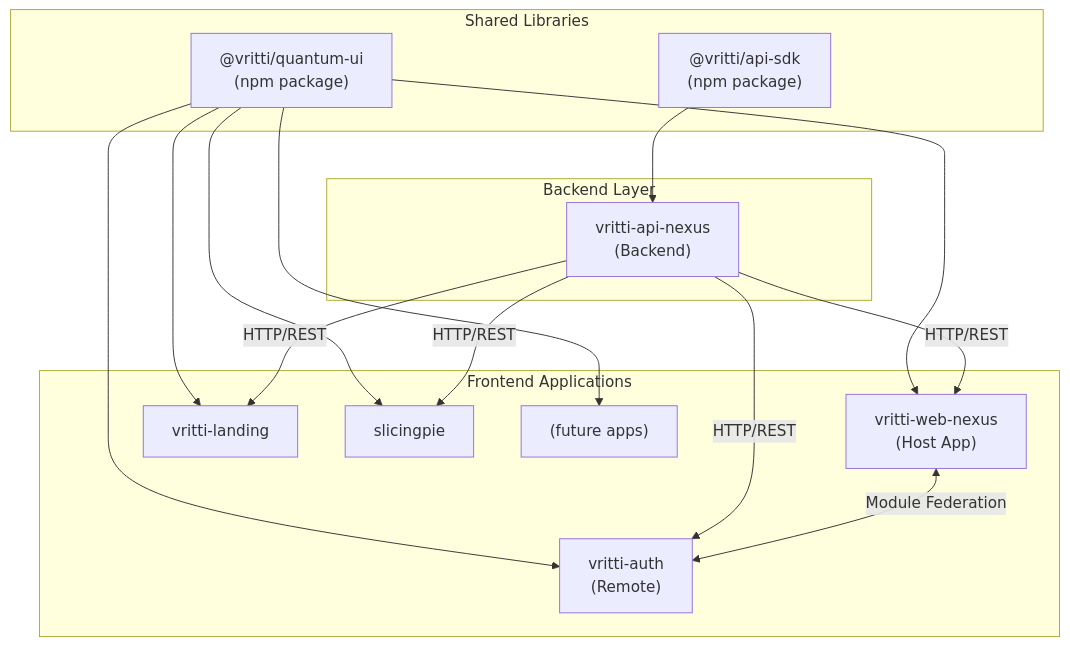
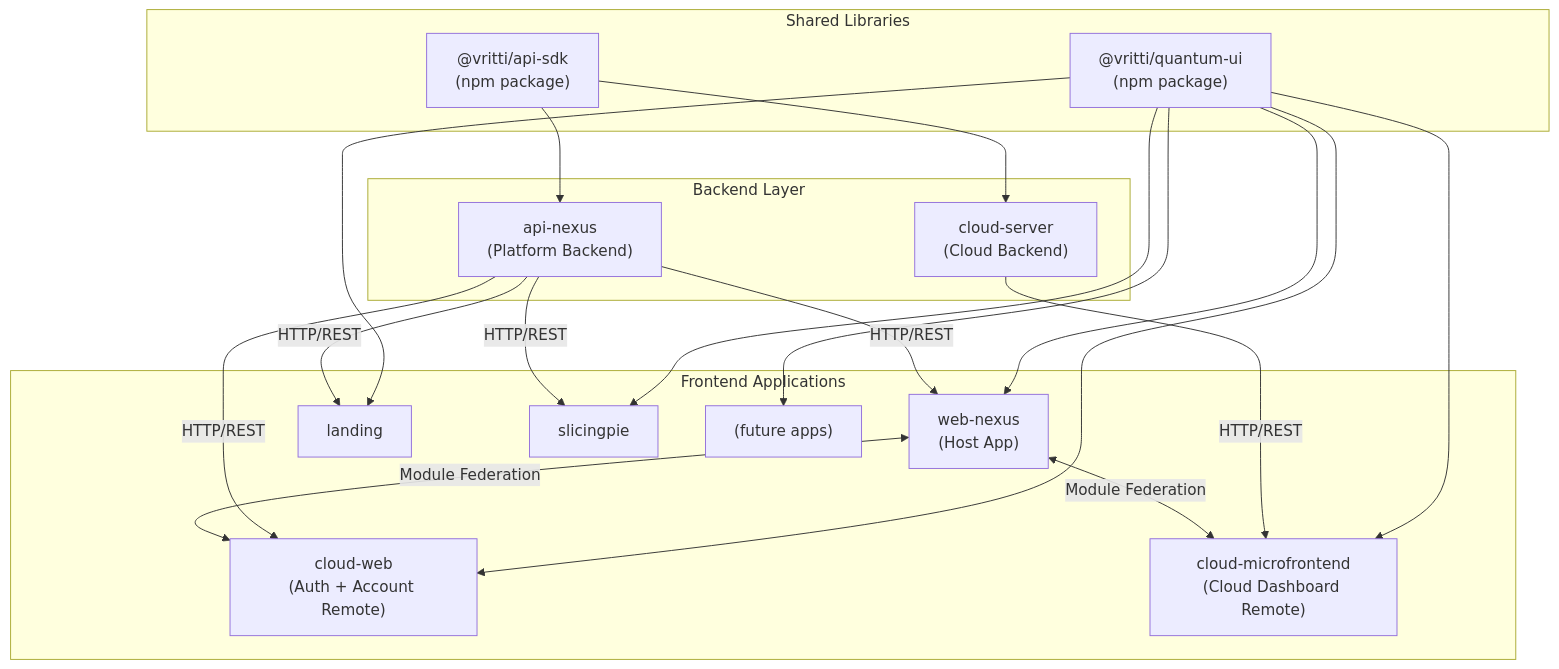
One commit to vritti-ai-platforms/developer-docs changed the first of 2 diagrams in architecture/project-relationships.mdx. Above: the diagram before and after it, drawn with Mermaid. The commit also changed other lines of this file and 11 other files, not shown here.

First line of the commit message:
refactor: update project name and micro-frontend references in web-nexus documentation

````diff
--- a/architecture/project-relationships.mdx
+++ b/architecture/project-relationships.mdx
@@ -10,33 +10,39 @@
 ```mermaid
 flowchart TB
     subgraph Shared["Shared Libraries"]
         APISDK["@vritti/api-sdk<br/>(npm package)"]
         QuantumUI["@vritti/quantum-ui<br/>(npm package)"]
     end
 
     subgraph Backend["Backend Layer"]
-        APINexus["vritti-api-nexus<br/>(Backend)"]
+        APINexus["api-nexus<br/>(Platform Backend)"]
+        CloudServer["cloud-server<br/>(Cloud Backend)"]
     end
 
     subgraph Frontend["Frontend Applications"]
-        WebNexus["vritti-web-nexus<br/>(Host App)"]
-        Auth["vritti-auth<br/>(Remote)"]
-        Landing["vritti-landing"]
+        WebNexus["web-nexus<br/>(Host App)"]
+        CloudWeb["cloud-web<br/>(Auth + Account Remote)"]
+        CloudMF["cloud-microfrontend<br/>(Cloud Dashboard Remote)"]
+        Landing["landing"]
         Slicing["slicingpie"]
         Future["(future apps)"]
 
-        WebNexus <-->|Module Federation| Auth
+        WebNexus <-->|Module Federation| CloudWeb
+        WebNexus <-->|Module Federation| CloudMF
     end
 
     APISDK --> APINexus
+    APISDK --> CloudServer
     APINexus -->|HTTP/REST| WebNexus
-    APINexus -->|HTTP/REST| Auth
+    APINexus -->|HTTP/REST| CloudWeb
     APINexus -->|HTTP/REST| Landing
     APINexus -->|HTTP/REST| Slicing
+    CloudServer -->|HTTP/REST| CloudMF
 
     QuantumUI --> WebNexus
-    QuantumUI --> Auth
+    QuantumUI --> CloudWeb
+    QuantumUI --> CloudMF
     QuantumUI --> Landing
     QuantumUI --> Slicing
     QuantumUI --> Future
 ```
````
